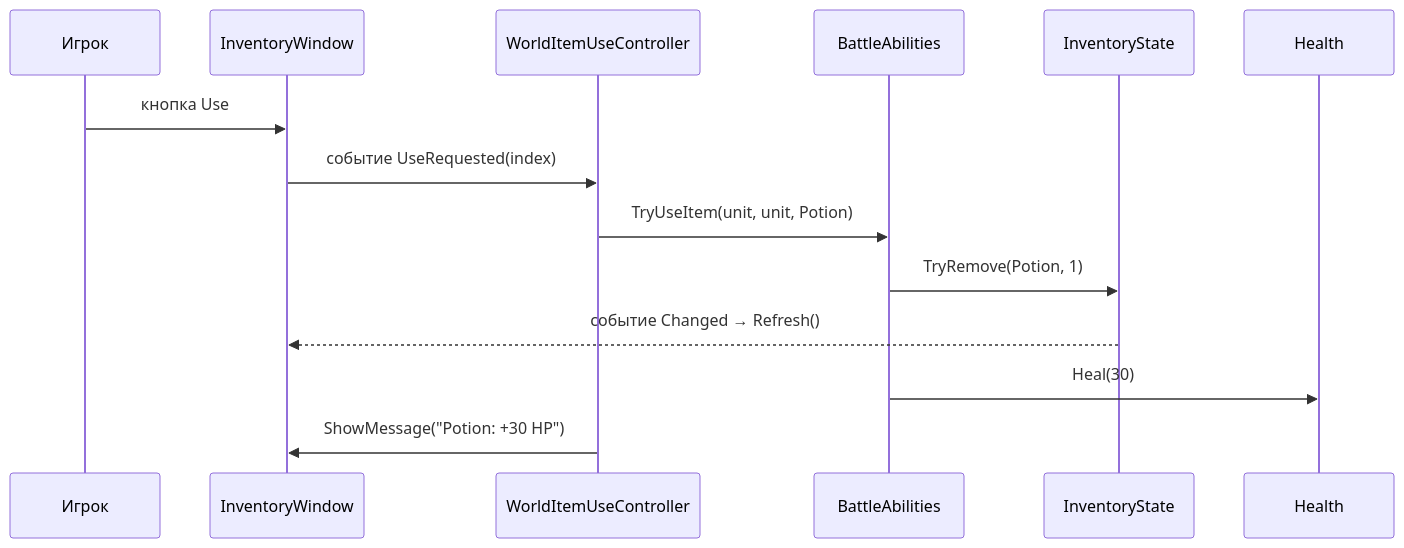
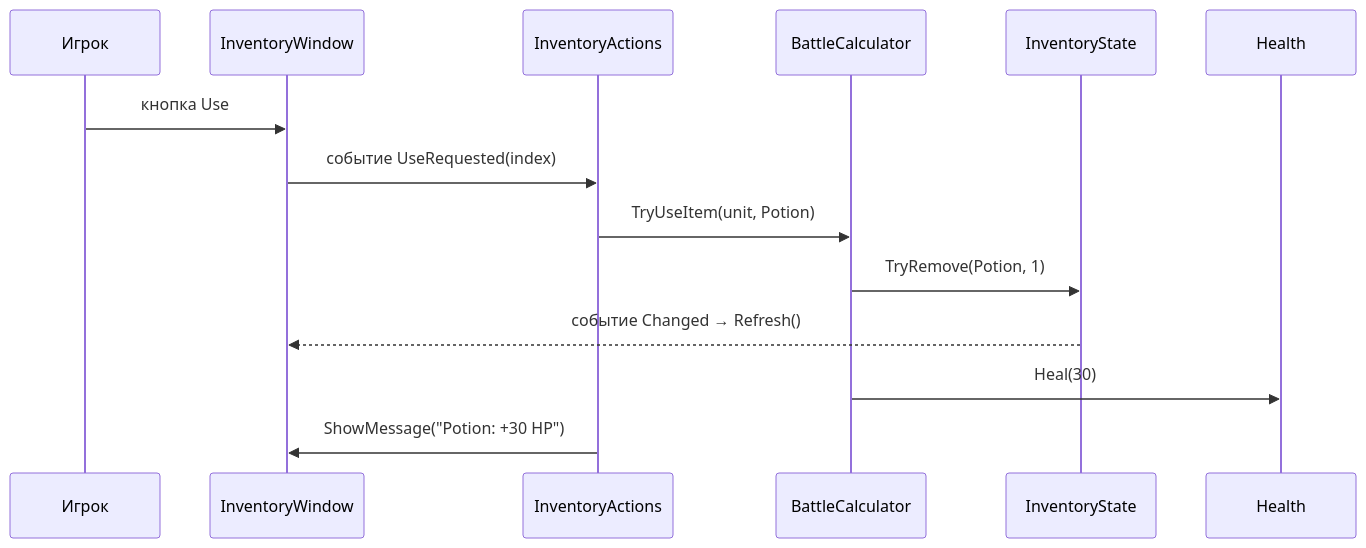
One commit to Sm1le621/FalseMemory changed the diagram in Docs/06-inventory.md. Above: the diagram before and after it, drawn with Mermaid. The commit also changed other lines of this file and 87 other files, not shown here.

````diff
--- a/Docs/06-inventory.md
+++ b/Docs/06-inventory.md
@@ -114,17 +109,17 @@
 ```mermaid
 sequenceDiagram
     participant User as Игрок
     participant W as InventoryWindow
-    participant WU as WorldItemUseController
-    participant AB as BattleAbilities
+    participant WU as InventoryActions
+    participant AB as BattleCalculator
     participant S as InventoryState
     participant H as Health
 
     User->>W: кнопка Use
     W->>WU: событие UseRequested(index)
-    WU->>AB: TryUseItem(unit, unit, Potion)
+    WU->>AB: TryUseItem(unit, Potion)
     AB->>S: TryRemove(Potion, 1)
     S-->>W: событие Changed → Refresh()
     AB->>H: Heal(30)
     WU->>W: ShowMessage("Potion: +30 HP")
 ```
````
